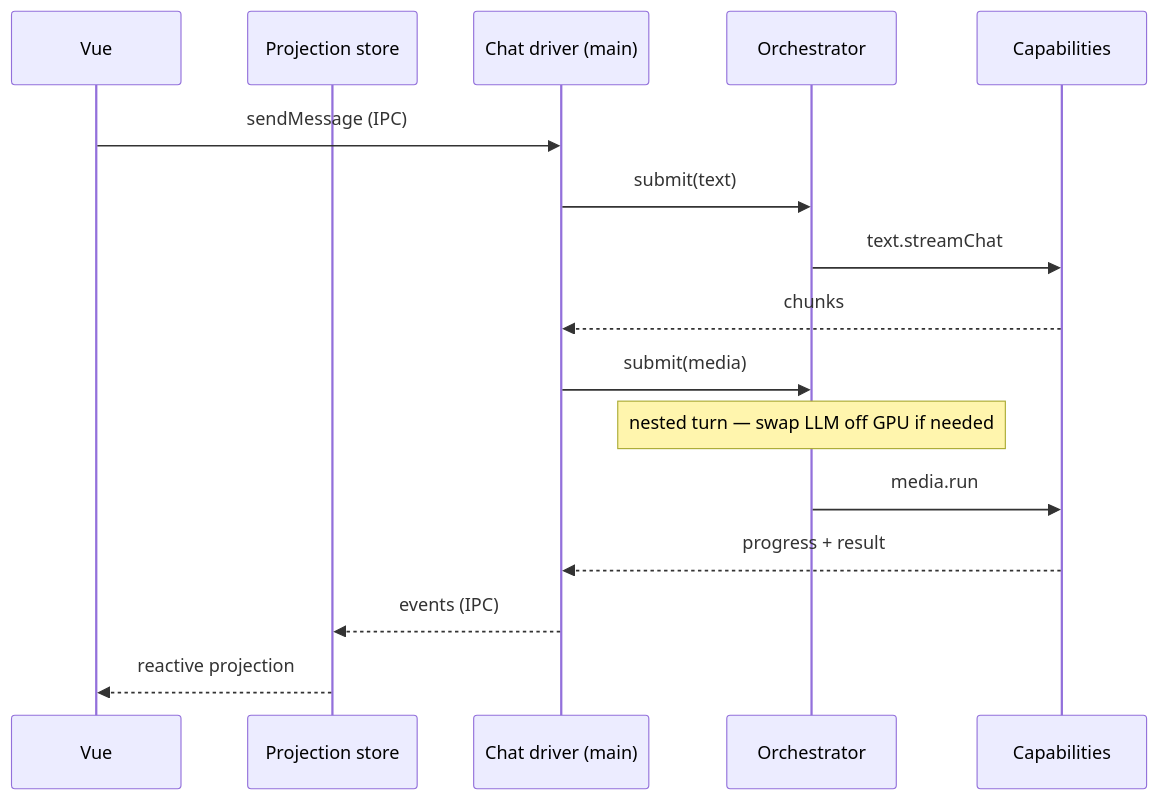
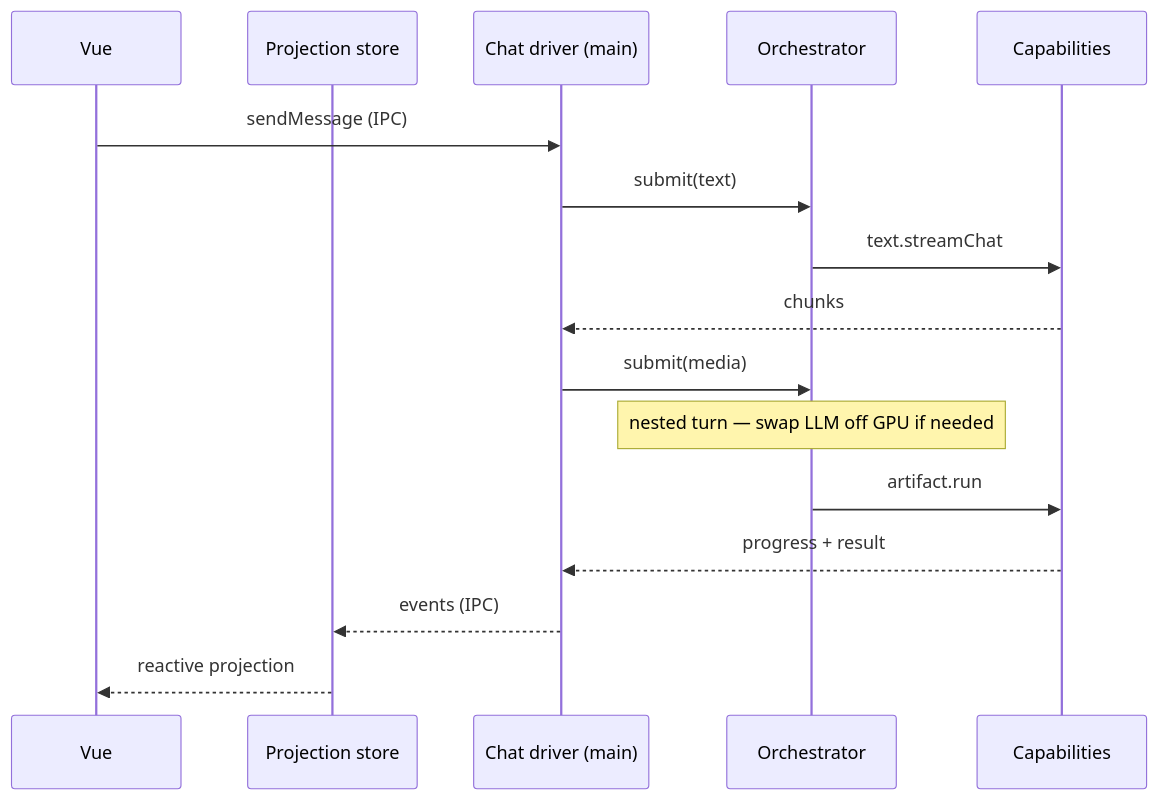
The fifth of 6 diagrams in docs/architecture-target.md (TNG/AI-Playground), drawn with Mermaid before and after one commit. The commit also changed other lines of this file and 1 other file, not shown here.

Commit message:
docs: rename Generate capability to Artifact

````diff
--- a/docs/architecture-target.md
+++ b/docs/architecture-target.md
@@ -522,18 +522,18 @@
 ```mermaid
 sequenceDiagram
   participant V as Vue
   participant P as Projection store
   participant M as Chat driver (main)
   participant O as Orchestrator
   participant K as Capabilities
   V->>M: sendMessage (IPC)
   M->>O: submit(text)
   O->>K: text.streamChat
   K-->>M: chunks
   M->>O: submit(media)
   Note over O: nested turn — swap LLM off GPU if needed
-  O->>K: media.run
+  O->>K: artifact.run
   K-->>M: progress + result
   M-->>P: events (IPC)
   P-->>V: reactive projection
 ```
````
